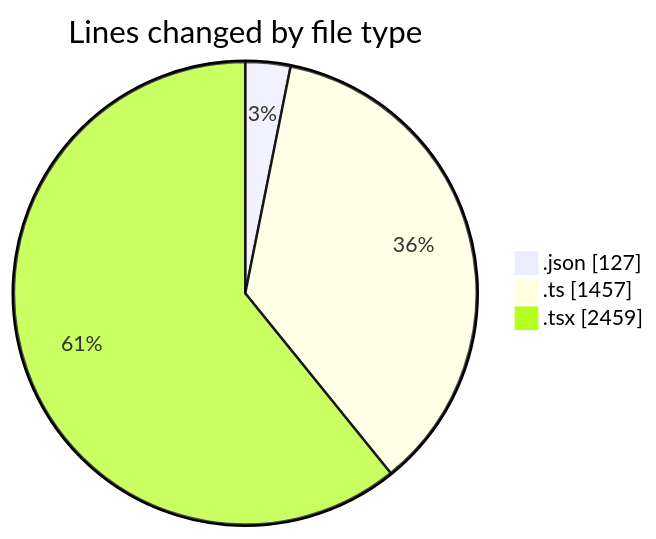
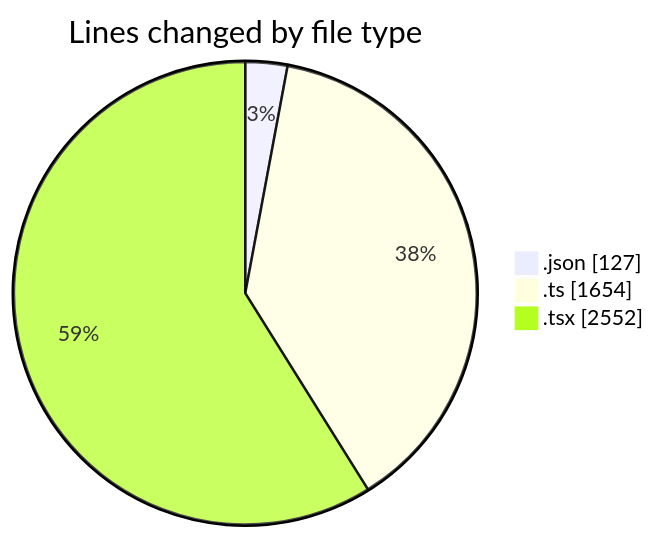
One commit to julien-gomy/code-tracking changed the first of 2 diagrams in 2025-11-12/eventscop-frontend-guide__workspace_/README.md. Above: the diagram before and after it, drawn with Mermaid. The commit also changed other lines of this file and 1 other file, not shown here.

````diff
--- a/2025-11-12/eventscop-frontend-guide__workspace_/README.md
+++ b/2025-11-12/eventscop-frontend-guide__workspace_/README.md
@@ -44,7 +45,7 @@
 ```mermaid
 pie showData
 title Lines changed by file type
 ".json" : 127
-".ts" : 1457
-".tsx" : 2459
+".ts" : 1654
+".tsx" : 2552
 ```
````
